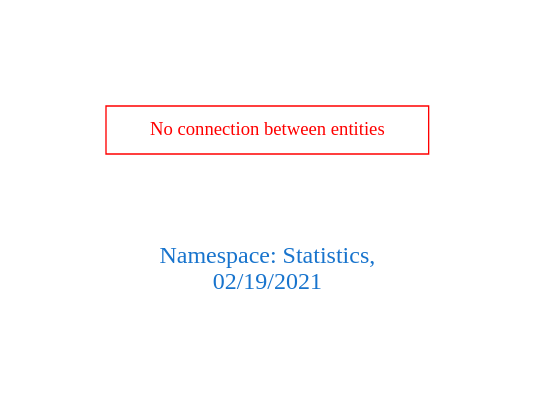
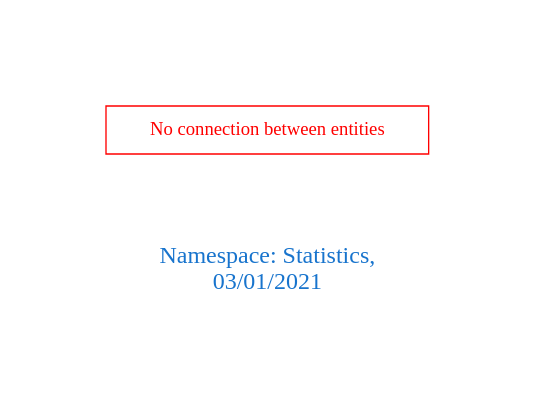
One commit to arago/OGIT changed the diagram in downloads/Statistics.dot. Above: the diagram before and after it, drawn with Graphviz. The commit also changed 1845 other files, not shown here.

```diff
--- a/downloads/Statistics.dot
+++ b/downloads/Statistics.dot
@@ -1,9 +1,9 @@
 digraph OGIT_ontology {
  graph [ rankdir= LR,pad=1 
 fontsize = 18,
-fontcolor= dodgerblue3,label = "\n\n\nNamespace: Statistics, \n 02/19/2021"];
+fontcolor= dodgerblue3,label = "\n\n\nNamespace: Statistics, \n 03/01/2021"];
 node[shape=polygon];
 edge [  color="gray81"];
 
 "No connection between entities" [fontcolor = "red",color="red", shape="polygon"]
 }
```
